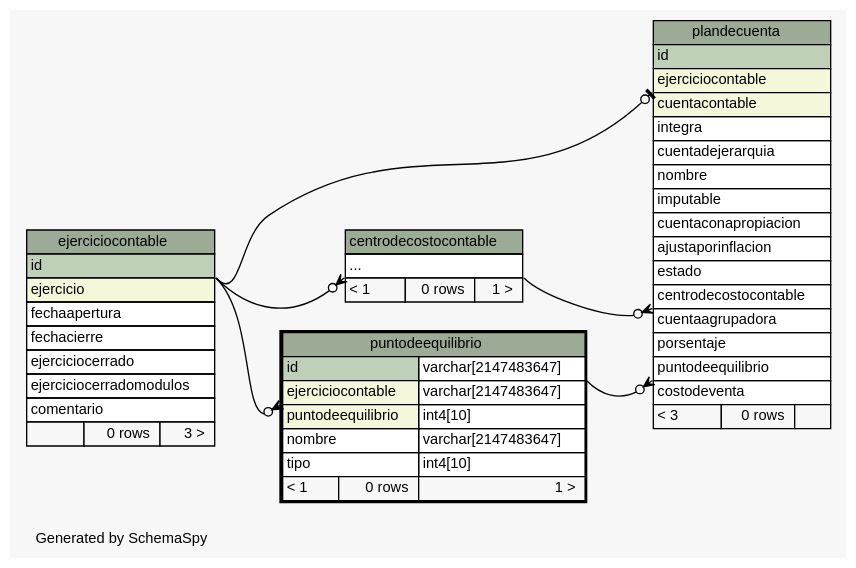
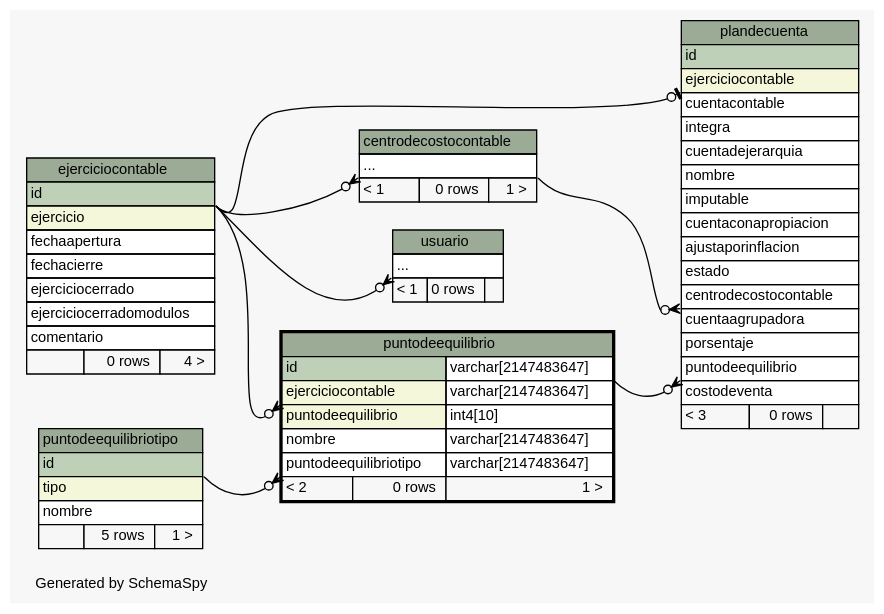
The diagram in sql/postgresql/schemaSpy/salida/diagrams/puntodeequilibrio.2degrees.dot (sebaalvarez/massoftware), drawn with Graphviz before and after one commit. The commit also changed 152 other files, not shown here.

```diff
--- a/sql/postgresql/schemaSpy/salida/diagrams/puntodeequilibrio.2degrees.dot
+++ b/sql/postgresql/schemaSpy/salida/diagrams/puntodeequilibrio.2degrees.dot
@@ -1,91 +1,115 @@
 // dot 2.2.1 on Windows 10 10.0
 // SchemaSpy rev 590
 digraph "twoDegreesRelationshipsDiagram" {
   graph [
     rankdir="RL"
     bgcolor="#f7f7f7"
     label="\nGenerated by SchemaSpy"
     labeljust="l"
     nodesep="0.18"
     ranksep="0.46"
     fontname="Helvetica"
     fontsize="11"
   ];
   node [
     fontname="Helvetica"
     fontsize="11"
     shape="plaintext"
   ];
   edge [
     arrowsize="0.8"
   ];
   "centrodecostocontable":"elipses":sw -> "ejerciciocontable":"id":se [arrowhead=none dir=back arrowtail=crowodot];
   "plandecuenta":"centrodecostocontable":sw -> "centrodecostocontable":"elipses":se [arrowhead=none dir=back arrowtail=crowodot];
   "plandecuenta":"ejerciciocontable":sw -> "ejerciciocontable":"id":se [arrowhead=none dir=back arrowtail=teeodot];
   "plandecuenta":"puntodeequilibrio":sw -> "puntodeequilibrio":"id.type":se [arrowhead=none dir=back arrowtail=crowodot];
   "puntodeequilibrio":"ejerciciocontable":sw -> "ejerciciocontable":"id":se [arrowhead=none dir=back arrowtail=crowodot];
+  "puntodeequilibrio":"puntodeequilibriotipo":sw -> "puntodeequilibriotipo":"id":se [arrowhead=none dir=back arrowtail=crowodot];
+  "usuario":"elipses":sw -> "ejerciciocontable":"id":se [arrowhead=none dir=back arrowtail=crowodot];
   "centrodecostocontable" [
     label=<
     <TABLE BORDER="0" CELLBORDER="1" CELLSPACING="0" BGCOLOR="#ffffff">
       <TR><TD COLSPAN="3" BGCOLOR="#9bab96" ALIGN="CENTER">centrodecostocontable</TD></TR>
       <TR><TD PORT="elipses" COLSPAN="3" ALIGN="LEFT">...</TD></TR>
       <TR><TD ALIGN="LEFT" BGCOLOR="#f7f7f7">&lt; 1</TD><TD ALIGN="RIGHT" BGCOLOR="#f7f7f7">0 rows</TD><TD ALIGN="RIGHT" BGCOLOR="#f7f7f7">1 &gt;</TD></TR>
     </TABLE>>
     URL="centrodecostocontable.html"
     tooltip="centrodecostocontable"
   ];
   "ejerciciocontable" [
     label=<
     <TABLE BORDER="0" CELLBORDER="1" CELLSPACING="0" BGCOLOR="#ffffff">
       <TR><TD COLSPAN="3" BGCOLOR="#9bab96" ALIGN="CENTER">ejerciciocontable</TD></TR>
       <TR><TD PORT="id" COLSPAN="3" BGCOLOR="#bed1b8" ALIGN="LEFT">id</TD></TR>
       <TR><TD PORT="ejercicio" COLSPAN="3" BGCOLOR="#f4f7da" ALIGN="LEFT">ejercicio</TD></TR>
       <TR><TD PORT="fechaapertura" COLSPAN="3" ALIGN="LEFT">fechaapertura</TD></TR>
       <TR><TD PORT="fechacierre" COLSPAN="3" ALIGN="LEFT">fechacierre</TD></TR>
       <TR><TD PORT="ejerciciocerrado" COLSPAN="3" ALIGN="LEFT">ejerciciocerrado</TD></TR>
       <TR><TD PORT="ejerciciocerradomodulos" COLSPAN="3" ALIGN="LEFT">ejerciciocerradomodulos</TD></TR>
       <TR><TD PORT="comentario" COLSPAN="3" ALIGN="LEFT">comentario</TD></TR>
-      <TR><TD ALIGN="LEFT" BGCOLOR="#f7f7f7">  </TD><TD ALIGN="RIGHT" BGCOLOR="#f7f7f7">0 rows</TD><TD ALIGN="RIGHT" BGCOLOR="#f7f7f7">3 &gt;</TD></TR>
+      <TR><TD ALIGN="LEFT" BGCOLOR="#f7f7f7">  </TD><TD ALIGN="RIGHT" BGCOLOR="#f7f7f7">0 rows</TD><TD ALIGN="RIGHT" BGCOLOR="#f7f7f7">4 &gt;</TD></TR>
     </TABLE>>
     URL="ejerciciocontable.html"
     tooltip="ejerciciocontable"
   ];
   "plandecuenta" [
     label=<
     <TABLE BORDER="0" CELLBORDER="1" CELLSPACING="0" BGCOLOR="#ffffff">
       <TR><TD COLSPAN="3" BGCOLOR="#9bab96" ALIGN="CENTER">plandecuenta</TD></TR>
       <TR><TD PORT="id" COLSPAN="3" BGCOLOR="#bed1b8" ALIGN="LEFT">id</TD></TR>
       <TR><TD PORT="ejerciciocontable" COLSPAN="3" BGCOLOR="#f4f7da" ALIGN="LEFT">ejerciciocontable</TD></TR>
-      <TR><TD PORT="cuentacontable" COLSPAN="3" BGCOLOR="#f4f7da" ALIGN="LEFT">cuentacontable</TD></TR>
+      <TR><TD PORT="cuentacontable" COLSPAN="3" ALIGN="LEFT">cuentacontable</TD></TR>
       <TR><TD PORT="integra" COLSPAN="3" ALIGN="LEFT">integra</TD></TR>
       <TR><TD PORT="cuentadejerarquia" COLSPAN="3" ALIGN="LEFT">cuentadejerarquia</TD></TR>
       <TR><TD PORT="nombre" COLSPAN="3" ALIGN="LEFT">nombre</TD></TR>
       <TR><TD PORT="imputable" COLSPAN="3" ALIGN="LEFT">imputable</TD></TR>
       <TR><TD PORT="cuentaconapropiacion" COLSPAN="3" ALIGN="LEFT">cuentaconapropiacion</TD></TR>
       <TR><TD PORT="ajustaporinflacion" COLSPAN="3" ALIGN="LEFT">ajustaporinflacion</TD></TR>
       <TR><TD PORT="estado" COLSPAN="3" ALIGN="LEFT">estado</TD></TR>
       <TR><TD PORT="centrodecostocontable" COLSPAN="3" ALIGN="LEFT">centrodecostocontable</TD></TR>
       <TR><TD PORT="cuentaagrupadora" COLSPAN="3" ALIGN="LEFT">cuentaagrupadora</TD></TR>
       <TR><TD PORT="porsentaje" COLSPAN="3" ALIGN="LEFT">porsentaje</TD></TR>
       <TR><TD PORT="puntodeequilibrio" COLSPAN="3" ALIGN="LEFT">puntodeequilibrio</TD></TR>
       <TR><TD PORT="costodeventa" COLSPAN="3" ALIGN="LEFT">costodeventa</TD></TR>
       <TR><TD ALIGN="LEFT" BGCOLOR="#f7f7f7">&lt; 3</TD><TD ALIGN="RIGHT" BGCOLOR="#f7f7f7">0 rows</TD><TD ALIGN="RIGHT" BGCOLOR="#f7f7f7">  </TD></TR>
     </TABLE>>
     URL="plandecuenta.html"
     tooltip="plandecuenta"
   ];
   "puntodeequilibrio" [
     label=<
     <TABLE BORDER="2" CELLBORDER="1" CELLSPACING="0" BGCOLOR="#ffffff">
       <TR><TD COLSPAN="3" BGCOLOR="#9bab96" ALIGN="CENTER">puntodeequilibrio</TD></TR>
       <TR><TD PORT="id" COLSPAN="2" BGCOLOR="#bed1b8" ALIGN="LEFT">id</TD><TD PORT="id.type" ALIGN="LEFT">varchar[2147483647]</TD></TR>
       <TR><TD PORT="ejerciciocontable" COLSPAN="2" BGCOLOR="#f4f7da" ALIGN="LEFT">ejerciciocontable</TD><TD PORT="ejerciciocontable.type" ALIGN="LEFT">varchar[2147483647]</TD></TR>
       <TR><TD PORT="puntodeequilibrio" COLSPAN="2" BGCOLOR="#f4f7da" ALIGN="LEFT">puntodeequilibrio</TD><TD PORT="puntodeequilibrio.type" ALIGN="LEFT">int4[10]</TD></TR>
       <TR><TD PORT="nombre" COLSPAN="2" ALIGN="LEFT">nombre</TD><TD PORT="nombre.type" ALIGN="LEFT">varchar[2147483647]</TD></TR>
-      <TR><TD PORT="tipo" COLSPAN="2" ALIGN="LEFT">tipo</TD><TD PORT="tipo.type" ALIGN="LEFT">int4[10]</TD></TR>
-      <TR><TD ALIGN="LEFT" BGCOLOR="#f7f7f7">&lt; 1</TD><TD ALIGN="RIGHT" BGCOLOR="#f7f7f7">0 rows</TD><TD ALIGN="RIGHT" BGCOLOR="#f7f7f7">1 &gt;</TD></TR>
+      <TR><TD PORT="puntodeequilibriotipo" COLSPAN="2" ALIGN="LEFT">puntodeequilibriotipo</TD><TD PORT="puntodeequilibriotipo.type" ALIGN="LEFT">varchar[2147483647]</TD></TR>
+      <TR><TD ALIGN="LEFT" BGCOLOR="#f7f7f7">&lt; 2</TD><TD ALIGN="RIGHT" BGCOLOR="#f7f7f7">0 rows</TD><TD ALIGN="RIGHT" BGCOLOR="#f7f7f7">1 &gt;</TD></TR>
     </TABLE>>
     URL="puntodeequilibrio.html"
     tooltip="puntodeequilibrio"
   ];
+  "puntodeequilibriotipo" [
+    label=<
+    <TABLE BORDER="0" CELLBORDER="1" CELLSPACING="0" BGCOLOR="#ffffff">
+      <TR><TD COLSPAN="3" BGCOLOR="#9bab96" ALIGN="CENTER">puntodeequilibriotipo</TD></TR>
+      <TR><TD PORT="id" COLSPAN="3" BGCOLOR="#bed1b8" ALIGN="LEFT">id</TD></TR>
+      <TR><TD PORT="tipo" COLSPAN="3" BGCOLOR="#f4f7da" ALIGN="LEFT">tipo</TD></TR>
+      <TR><TD PORT="nombre" COLSPAN="3" ALIGN="LEFT">nombre</TD></TR>
+      <TR><TD ALIGN="LEFT" BGCOLOR="#f7f7f7">  </TD><TD ALIGN="RIGHT" BGCOLOR="#f7f7f7">5 rows</TD><TD ALIGN="RIGHT" BGCOLOR="#f7f7f7">1 &gt;</TD></TR>
+    </TABLE>>
+    URL="puntodeequilibriotipo.html"
+    tooltip="puntodeequilibriotipo"
+  ];
+  "usuario" [
+    label=<
+    <TABLE BORDER="0" CELLBORDER="1" CELLSPACING="0" BGCOLOR="#ffffff">
+      <TR><TD COLSPAN="3" BGCOLOR="#9bab96" ALIGN="CENTER">usuario</TD></TR>
+      <TR><TD PORT="elipses" COLSPAN="3" ALIGN="LEFT">...</TD></TR>
+      <TR><TD ALIGN="LEFT" BGCOLOR="#f7f7f7">&lt; 1</TD><TD ALIGN="RIGHT" BGCOLOR="#f7f7f7">0 rows</TD><TD ALIGN="RIGHT" BGCOLOR="#f7f7f7">  </TD></TR>
+    </TABLE>>
+    URL="usuario.html"
+    tooltip="usuario"
+  ];
 }
```
